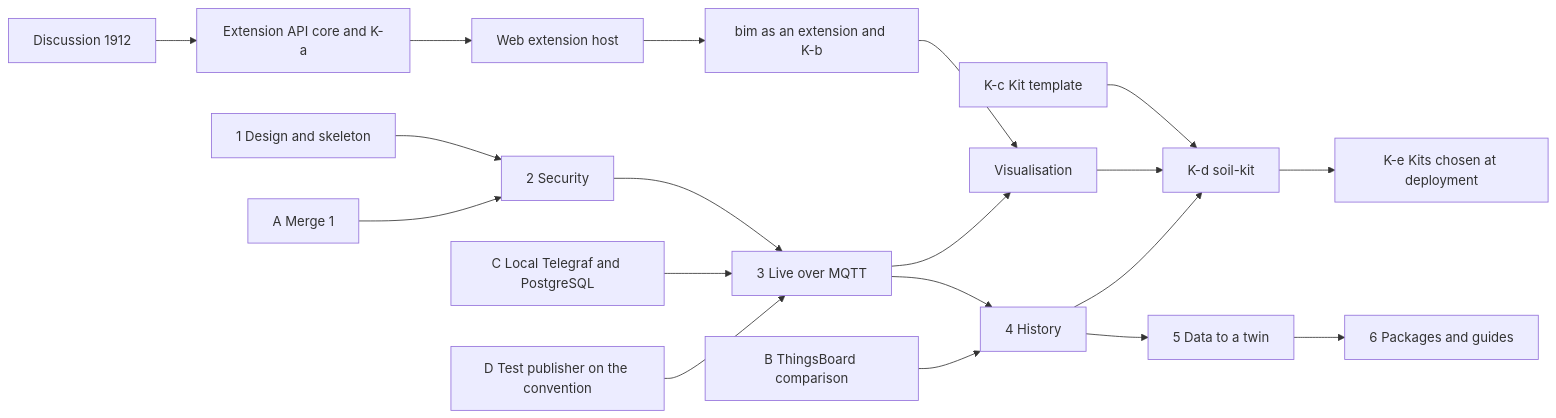
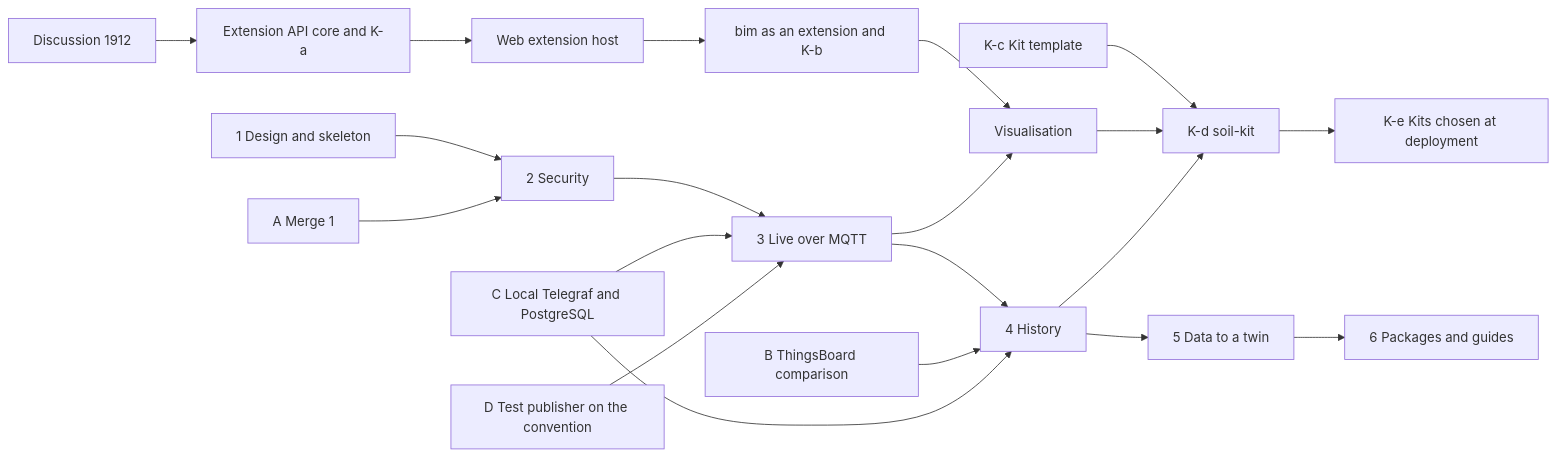
One commit to INTO-CPS-Association/DTaaS changed the diagram in docs/developer/plans/signals-gateway-execution.md. Above: the diagram before and after it, drawn with Mermaid.

Commit message:
docs(plans): show that the local stack also serves phase 4
Context:
- The local Telegraf and PostgreSQL of step C are needed by the history phase as well as the live phase.

Changes:
- docs/developer/plans/signals-gateway-execution.md: an edge from step C to phase 4 in the order diagram.

Risk:
- low, documentation only.
- Rollback: revert this commit.

Testing:
- markdownlint-cli 0.37.0 with the repository configuration passes.

````diff
--- a/docs/developer/plans/signals-gateway-execution.md
+++ b/docs/developer/plans/signals-gateway-execution.md
@@ -10,18 +10,19 @@
 ```mermaid
 flowchart LR
   P1[1 Design and skeleton] --> P2[2 Security] --> P3[3 Live over MQTT]
   P3 --> P4[4 History] --> P5[5 Data to a twin] --> P6[6 Packages and guides]
   A[A Merge 1] --> P2
   B[B ThingsBoard comparison] --> P4
   C[C Local Telegraf and PostgreSQL] --> P3
+  C --> P4
   D[D Test publisher on the convention] --> P3
   X[Discussion 1912] --> C1[Extension API core and K-a]
   C1 --> C2[Web extension host]
   C2 --> C3[bim as an extension and K-b]
   C3 --> C4[Visualisation]
   P3 --> C4
   KC[K-c Kit template] --> KD[K-d soil-kit]
   C4 --> KD
   P4 --> KD
   KD --> KE[K-e Kits chosen at deployment]
 ```
````
